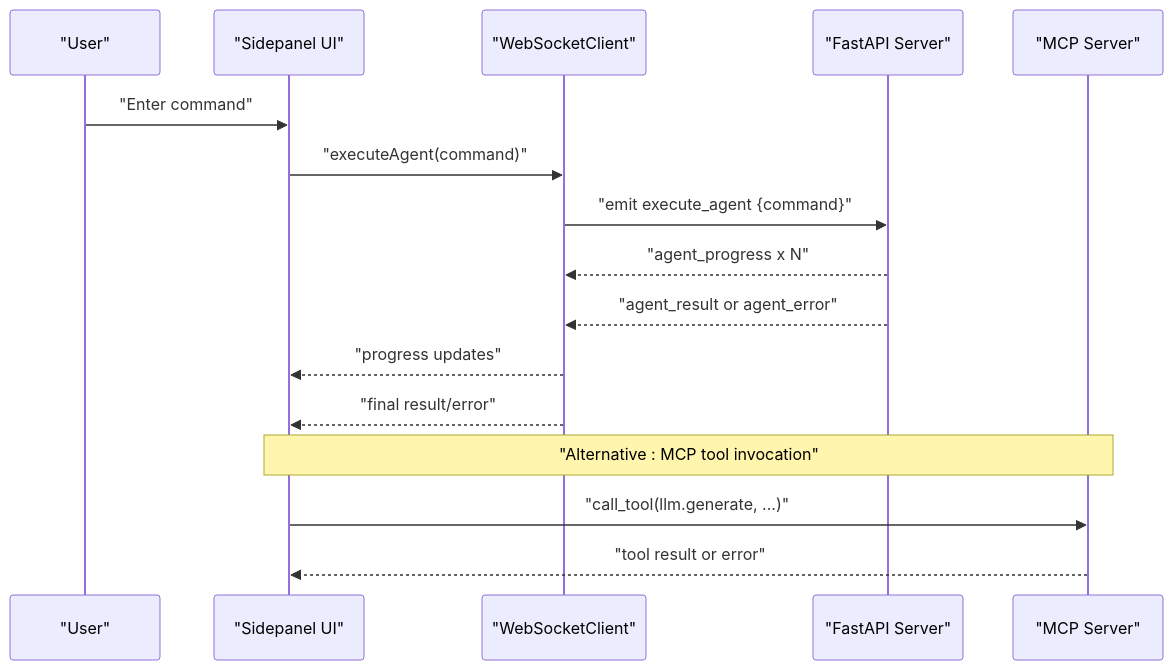
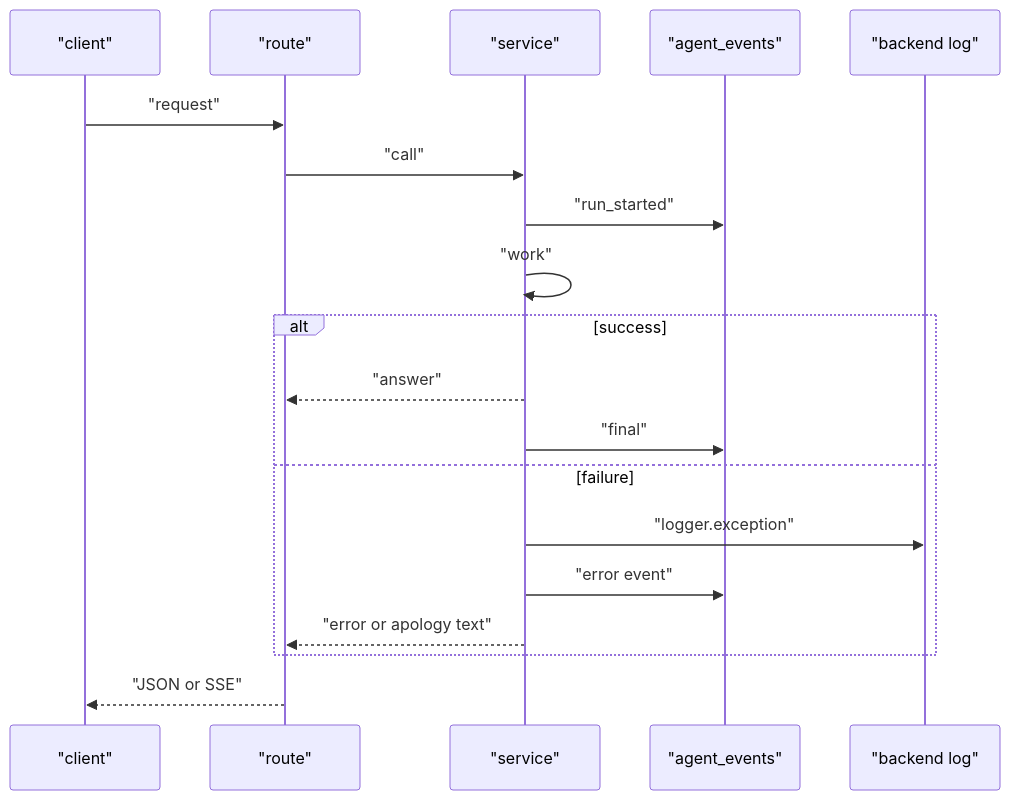
Before and after one commit to tashifkhan/tashif.codes: the second of 4 diagrams in src/data/docs/agentic-browser/Troubleshooting and FAQ.md, drawn with Mermaid. The commit also changed other lines of this file and 114 other files, not shown here.

````diff
--- a/src/data/docs/agentic-browser/Troubleshooting and FAQ.md
+++ b/src/data/docs/agentic-browser/Troubleshooting and FAQ.md
@@ -73,18 +64,21 @@
 ```mermaid
 sequenceDiagram
-participant User as "User"
-participant Sidepanel as "Sidepanel UI"
-participant WS as "WebSocketClient"
-participant API as "FastAPI Server"
-participant MCP as "MCP Server"
-User->>Sidepanel : "Enter command"
-Sidepanel->>WS : "executeAgent(command)"
-WS->>API : "emit execute_agent {command}"
-API-->>WS : "agent_progress x N"
-API-->>WS : "agent_result or agent_error"
-WS-->>Sidepanel : "progress updates"
-WS-->>Sidepanel : "final result/error"
-Note over Sidepanel,MCP : "Alternative : MCP tool invocation"
-Sidepanel->>MCP : "call_tool(llm.generate, ...)"
-MCP-->>Sidepanel : "tool result or error"
+  participant Ext as "client"
+  participant API as "route"
+  participant Svc as "service"
+  participant Trace as "agent_events"
+  participant Log as "backend log"
+  Ext->>API : "request"
+  API->>Svc : "call"
+  Svc->>Trace : "run_started"
+  Svc->>Svc : "work"
+  alt success
+    Svc-->>API : "answer"
+    Svc->>Trace : "final"
+  else failure
+    Svc->>Log : "logger.exception"
+    Svc->>Trace : "error event"
+    Svc-->>API : "error or apology text"
+  end
+  API-->>Ext : "JSON or SSE"
 ```
````
